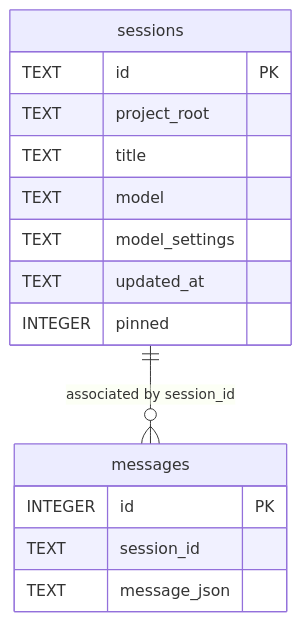
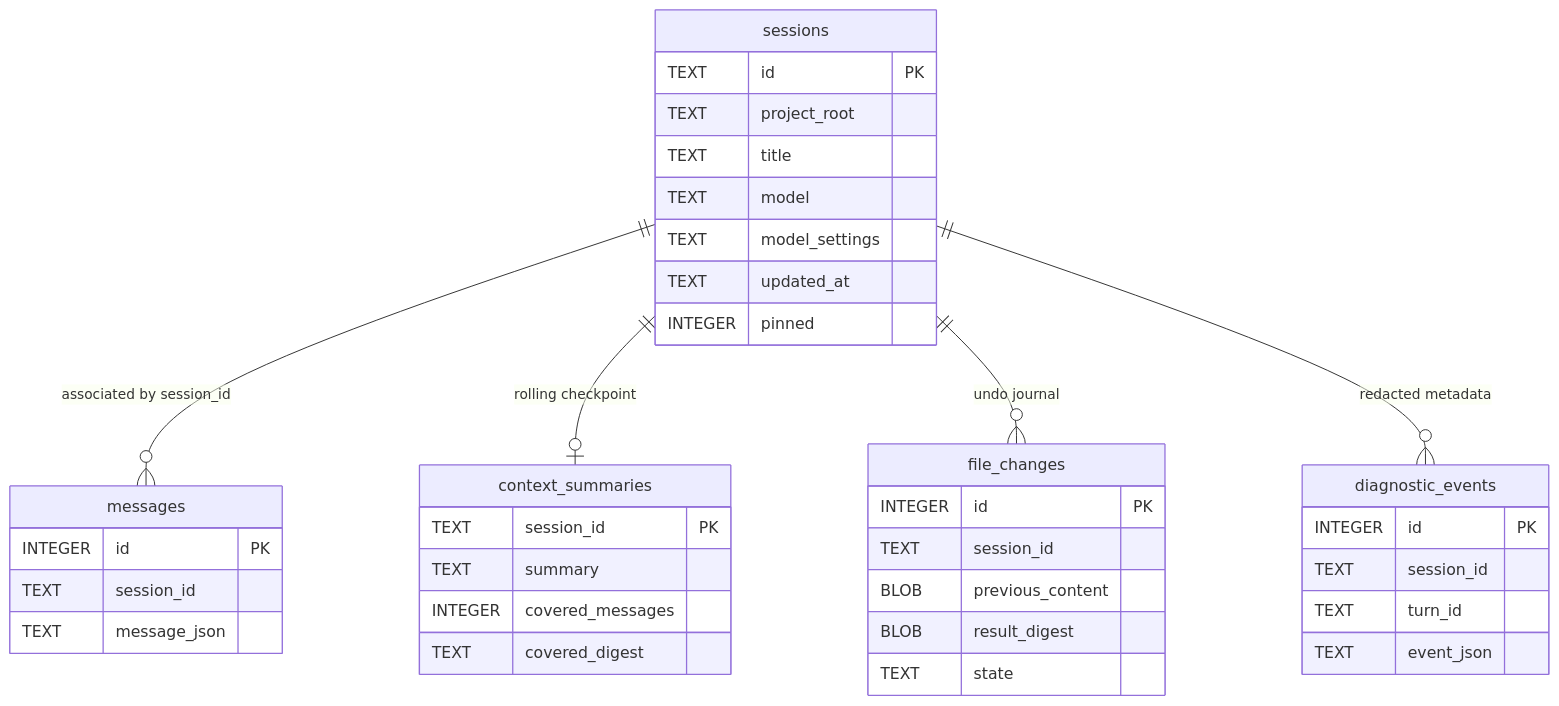
One commit to MetalCloth/mini-hermes changed the first of 4 diagrams in src/docs/05-session-storage-and-recovery.md. Above: the diagram before and after it, drawn with Mermaid. The commit also changed other lines of this file and 35 other files, not shown here.

````diff
--- a/src/docs/05-session-storage-and-recovery.md
+++ b/src/docs/05-session-storage-and-recovery.md
@@ -27,18 +27,40 @@
 ```mermaid
 erDiagram
     sessions ||--o{ messages : "associated by session_id"
+    sessions ||--o| context_summaries : "rolling checkpoint"
+    sessions ||--o{ file_changes : "undo journal"
+    sessions ||--o{ diagnostic_events : "redacted metadata"
     sessions {
         TEXT id PK
         TEXT project_root
         TEXT title
         TEXT model
         TEXT model_settings
         TEXT updated_at
         INTEGER pinned
     }
     messages {
         INTEGER id PK
         TEXT session_id
         TEXT message_json
     }
+    context_summaries {
+        TEXT session_id PK
+        TEXT summary
+        INTEGER covered_messages
+        TEXT covered_digest
+    }
+    file_changes {
+        INTEGER id PK
+        TEXT session_id
+        BLOB previous_content
+        BLOB result_digest
+        TEXT state
+    }
+    diagnostic_events {
+        INTEGER id PK
+        TEXT session_id
+        TEXT turn_id
+        TEXT event_json
+    }
 ```
````
